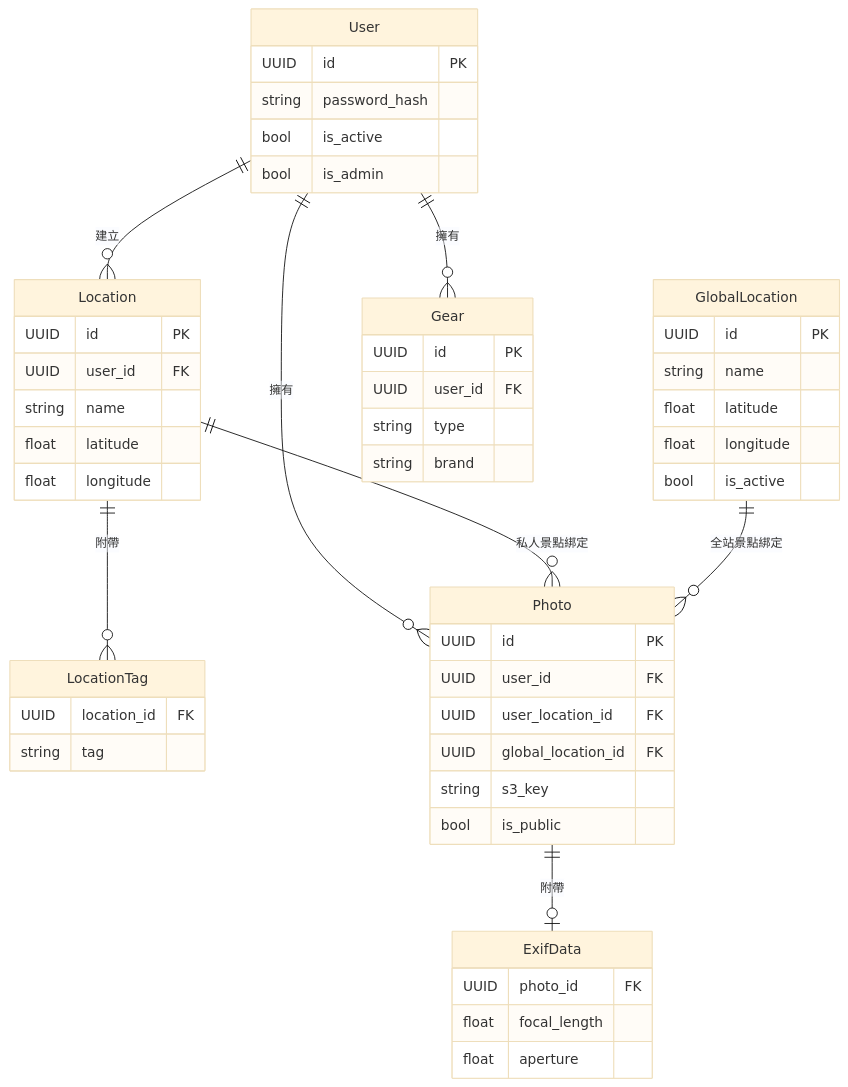
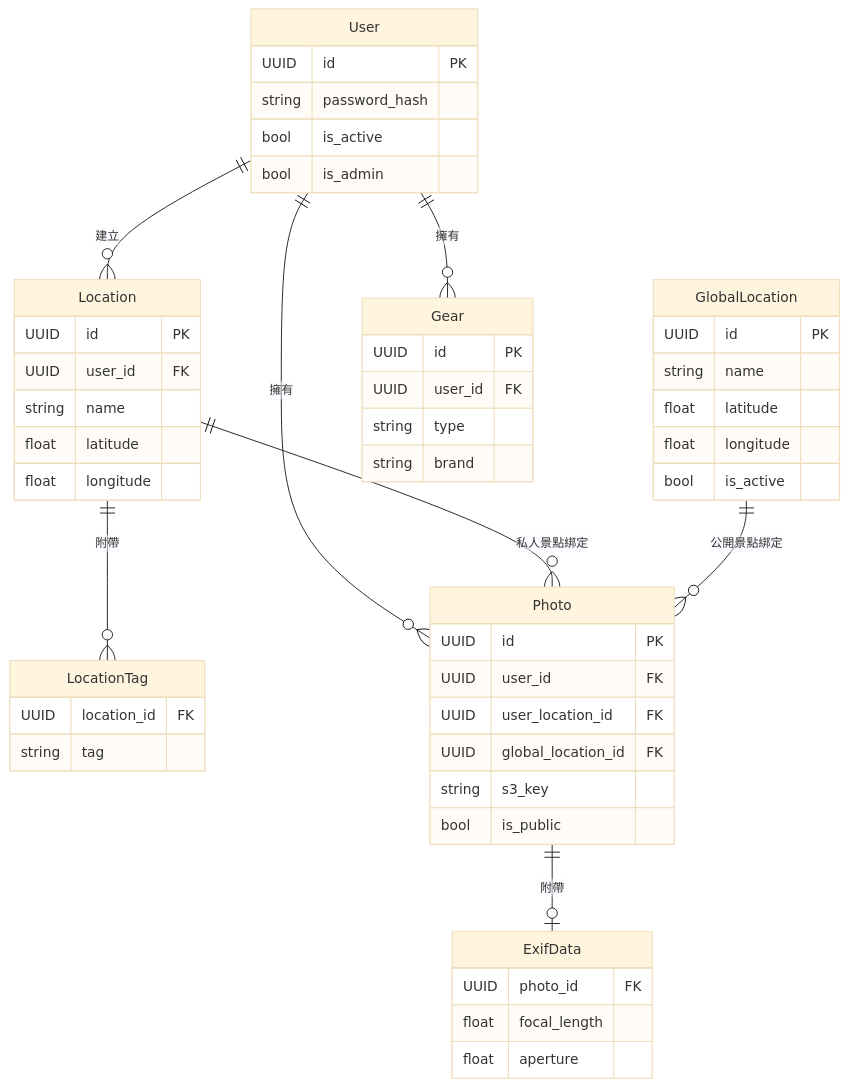
The diagram in backend/images/er_diagram.mmd (hhhylaiii/LensLog), drawn with Mermaid (base theme) before and after one commit. The commit also changed 5 other files, not shown here.

```diff
--- a/backend/images/er_diagram.mmd
+++ b/backend/images/er_diagram.mmd
@@ -1,52 +1,52 @@
 erDiagram
     User {
         UUID id PK
         string password_hash
         bool is_active
         bool is_admin
     }
     Location {
         UUID id PK
         UUID user_id FK
         string name
         float latitude
         float longitude
     }
     GlobalLocation {
         UUID id PK
         string name
         float latitude
         float longitude
         bool is_active
     }
     LocationTag {
         UUID location_id FK
         string tag
     }
     Photo {
         UUID id PK
         UUID user_id FK
         UUID user_location_id FK
         UUID global_location_id FK
         string s3_key
         bool is_public
     }
     ExifData {
         UUID photo_id FK
         float focal_length
         float aperture
     }
     Gear {
         UUID id PK
         UUID user_id FK
         string type
         string brand
     }
 
     User ||--o{ Photo : "擁有"
     User ||--o{ Location : "建立"
     User ||--o{ Gear : "擁有"
     Location ||--o{ LocationTag : "附帶"
     Location ||--o{ Photo : "私人景點綁定"
-    GlobalLocation ||--o{ Photo : "全站景點綁定"
+    GlobalLocation ||--o{ Photo : "公開景點綁定"
     Photo ||--o| ExifData : "附帶"
```
